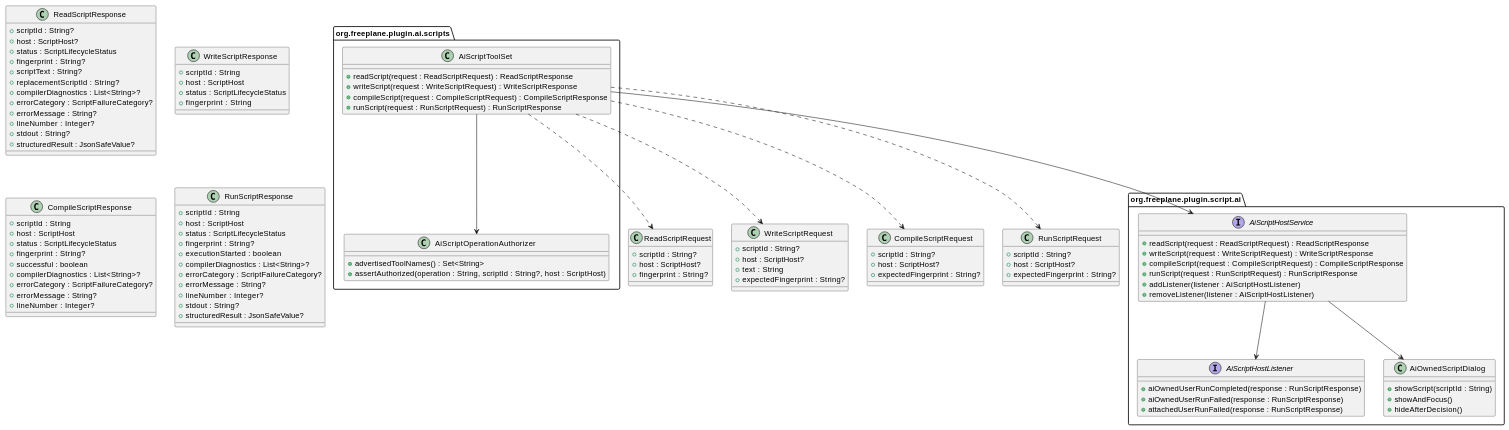
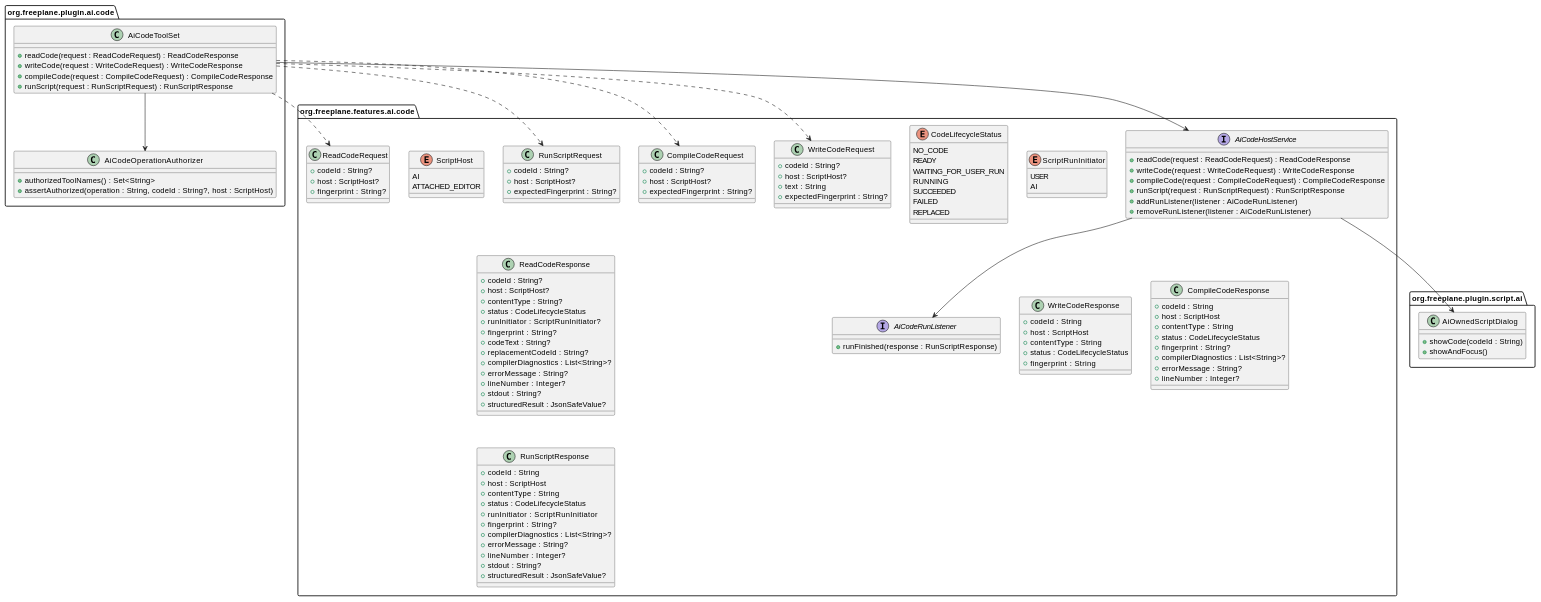
Before and after one commit to hyperdreamer/freeplane: the third of 6 diagrams in ai-specs/tasks/in-progress/groovy-script-execution-tool.md, drawn with PlantUML. The commit also changed other lines of this file, not shown here.

Commit message:
2026-04-09-script-tool Align task with attached-code contract and approval-ready design

````diff
--- a/ai-specs/tasks/in-progress/groovy-script-execution-tool.md
+++ b/ai-specs/tasks/in-progress/groovy-script-execution-tool.md
@@ -537,111 +640,128 @@
 ```plantuml
 @startuml
 set separator none
-package "org.freeplane.plugin.ai.scripts" {
-  class AiScriptToolSet {
-    +readScript(request : ReadScriptRequest) : ReadScriptResponse
-    +writeScript(request : WriteScriptRequest) : WriteScriptResponse
-    +compileScript(request : CompileScriptRequest) : CompileScriptResponse
+package "org.freeplane.plugin.ai.code" {
+  class AiCodeToolSet {
+    +readCode(request : ReadCodeRequest) : ReadCodeResponse
+    +writeCode(request : WriteCodeRequest) : WriteCodeResponse
+    +compileCode(request : CompileCodeRequest) : CompileCodeResponse
     +runScript(request : RunScriptRequest) : RunScriptResponse
   }
-  class AiScriptOperationAuthorizer {
-    +advertisedToolNames() : Set<String>
-    +assertAuthorized(operation : String, scriptId : String?, host : ScriptHost)
+  class AiCodeOperationAuthorizer {
+    +authorizedToolNames() : Set<String>
+    +assertAuthorized(operation : String, codeId : String?, host : ScriptHost)
+  }
+}
+package "org.freeplane.features.ai.code" {
+  interface AiCodeHostService {
+    +readCode(request : ReadCodeRequest) : ReadCodeResponse
+    +writeCode(request : WriteCodeRequest) : WriteCodeResponse
+    +compileCode(request : CompileCodeRequest) : CompileCodeResponse
+    +runScript(request : RunScriptRequest) : RunScriptResponse
+    +addRunListener(listener : AiCodeRunListener)
+    +removeRunListener(listener : AiCodeRunListener)
+  }
+  interface AiCodeRunListener {
+    +runFinished(response : RunScriptResponse)
+  }
+  enum ScriptHost {
+    AI
+    ATTACHED_EDITOR
+  }
+  enum CodeLifecycleStatus {
+    NO_CODE
+    READY
+    WAITING_FOR_USER_RUN
+    RUNNING
+    SUCCEEDED
+    FAILED
+    REPLACED
+  }
+  enum ScriptRunInitiator {
+    USER
+    AI
+  }
+  class ReadCodeRequest {
+    +codeId : String?
+    +host : ScriptHost?
+    +fingerprint : String?
+  }
+  class ReadCodeResponse {
+    +codeId : String?
+    +host : ScriptHost?
+    +contentType : String?
+    +status : CodeLifecycleStatus
+    +runInitiator : ScriptRunInitiator?
+    +fingerprint : String?
+    +codeText : String?
+    +replacementCodeId : String?
+    +compilerDiagnostics : List<String>?
+    +errorMessage : String?
+    +lineNumber : Integer?
+    +stdout : String?
+    +structuredResult : JsonSafeValue?
+  }
+  class WriteCodeRequest {
+    +codeId : String?
+    +host : ScriptHost?
+    +text : String
+    +expectedFingerprint : String?
+  }
+  class WriteCodeResponse {
+    +codeId : String
+    +host : ScriptHost
+    +contentType : String
+    +status : CodeLifecycleStatus
+    +fingerprint : String
+  }
+  class CompileCodeRequest {
+    +codeId : String?
+    +host : ScriptHost?
+    +expectedFingerprint : String?
+  }
+  class CompileCodeResponse {
+    +codeId : String
+    +host : ScriptHost
+    +contentType : String
+    +status : CodeLifecycleStatus
+    +fingerprint : String?
+    +compilerDiagnostics : List<String>?
+    +errorMessage : String?
+    +lineNumber : Integer?
+  }
+  class RunScriptRequest {
+    +codeId : String?
+    +host : ScriptHost?
+    +expectedFingerprint : String?
+  }
+  class RunScriptResponse {
+    +codeId : String
+    +host : ScriptHost
+    +contentType : String
+    +status : CodeLifecycleStatus
+    +runInitiator : ScriptRunInitiator
+    +fingerprint : String?
+    +compilerDiagnostics : List<String>?
+    +errorMessage : String?
+    +lineNumber : Integer?
+    +stdout : String?
+    +structuredResult : JsonSafeValue?
   }
 }
 package "org.freeplane.plugin.script.ai" {
-  interface AiScriptHostService {
-    +readScript(request : ReadScriptRequest) : ReadScriptResponse
-    +writeScript(request : WriteScriptRequest) : WriteScriptResponse
-    +compileScript(request : CompileScriptRequest) : CompileScriptResponse
-    +runScript(request : RunScriptRequest) : RunScriptResponse
-    +addListener(listener : AiScriptHostListener)
-    +removeListener(listener : AiScriptHostListener)
-  }
-  interface AiScriptHostListener {
-    +aiOwnedUserRunCompleted(response : RunScriptResponse)
-    +aiOwnedUserRunFailed(response : RunScriptResponse)
-    +attachedUserRunFailed(response : RunScriptResponse)
-  }
   class AiOwnedScriptDialog {
-    +showScript(scriptId : String)
+    +showCode(codeId : String)
     +showAndFocus()
-    +hideAfterDecision()
   }
 }
-class ReadScriptRequest {
-  +scriptId : String?
-  +host : ScriptHost?
-  +fingerprint : String?
-}
-class ReadScriptResponse {
-  +scriptId : String?
-  +host : ScriptHost?
-  +status : ScriptLifecycleStatus
-  +fingerprint : String?
-  +scriptText : String?
-  +replacementScriptId : String?
-  +compilerDiagnostics : List<String>?
-  +errorCategory : ScriptFailureCategory?
-  +errorMessage : String?
-  +lineNumber : Integer?
-  +stdout : String?
-  +structuredResult : JsonSafeValue?
-}
-class WriteScriptRequest {
-  +scriptId : String?
-  +host : ScriptHost?
-  +text : String
-  +expectedFingerprint : String?
-}
-class WriteScriptResponse {
-  +scriptId : String
-  +host : ScriptHost
-  +status : ScriptLifecycleStatus
-  +fingerprint : String
-}
-class CompileScriptRequest {
-  +scriptId : String?
-  +host : ScriptHost?
-  +expectedFingerprint : String?
-}
-class CompileScriptResponse {
-  +scriptId : String
-  +host : ScriptHost
-  +status : ScriptLifecycleStatus
-  +fingerprint : String?
-  +successful : boolean
-  +compilerDiagnostics : List<String>?
-  +errorCategory : ScriptFailureCategory?
-  +errorMessage : String?
-  +lineNumber : Integer?
-}
-class RunScriptRequest {
-  +scriptId : String?
-  +host : ScriptHost?
-  +expectedFingerprint : String?
-}
-class RunScriptResponse {
-  +scriptId : String
-  +host : ScriptHost
-  +status : ScriptLifecycleStatus
-  +fingerprint : String?
-  +executionStarted : boolean
-  +compilerDiagnostics : List<String>?
-  +errorCategory : ScriptFailureCategory?
-  +errorMessage : String?
-  +lineNumber : Integer?
-  +stdout : String?
-  +structuredResult : JsonSafeValue?
-}
 
-AiScriptToolSet --> AiScriptOperationAuthorizer
-AiScriptToolSet --> AiScriptHostService
-AiScriptHostService --> AiScriptHostListener
-AiScriptHostService --> AiOwnedScriptDialog
-AiScriptToolSet ..> ReadScriptRequest
-AiScriptToolSet ..> WriteScriptRequest
-AiScriptToolSet ..> CompileScriptRequest
-AiScriptToolSet ..> RunScriptRequest
+AiCodeToolSet --> AiCodeOperationAuthorizer
+AiCodeToolSet --> AiCodeHostService
+AiCodeHostService --> AiCodeRunListener
+AiCodeHostService --> AiOwnedScriptDialog
+AiCodeToolSet ..> ReadCodeRequest
+AiCodeToolSet ..> WriteCodeRequest
+AiCodeToolSet ..> CompileCodeRequest
+AiCodeToolSet ..> RunScriptRequest
 @enduml
 ```
````
